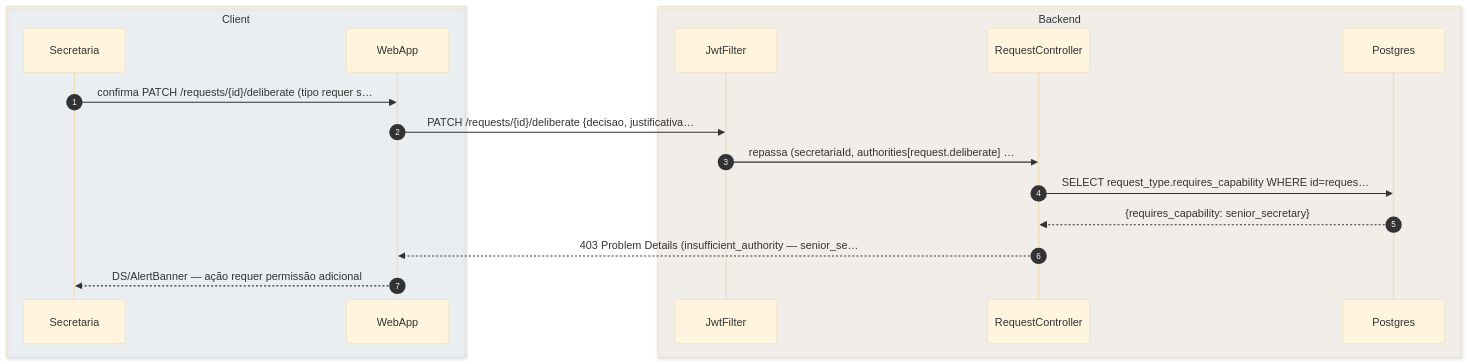
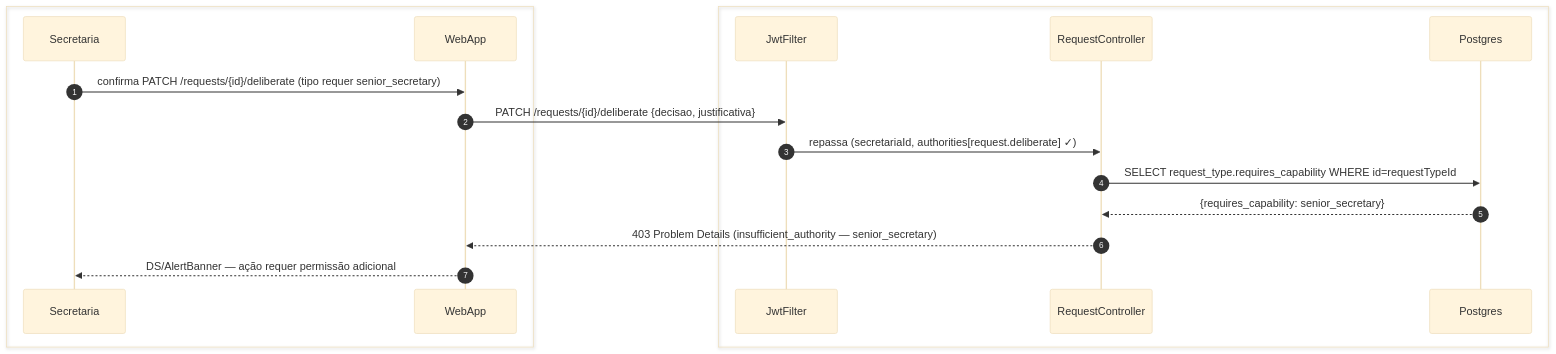
The seventh of 7 diagrams in foundationDocs/sequenceDiagrams/F5 — Secretaria/US-F5-002-SOLICITACOES.md (umishell/secretariaOnline2), drawn with Mermaid (base theme) before and after one commit. The commit also changed other lines of this file and 70 other files, not shown here.

First line of the commit message:
Enhance database documentation and introduce new schema files

````diff
--- a/foundationDocs/sequenceDiagrams/F5 — Secretaria/US-F5-002-SOLICITACOES.md
+++ b/foundationDocs/sequenceDiagrams/F5 — Secretaria/US-F5-002-SOLICITACOES.md
@@ -312,21 +312,21 @@
 ```mermaid
 sequenceDiagram
     autonumber
-    box rgba(230,245,255,0.3) Client
+    box #e8f4fc Cliente
         participant Secretaria
         participant WebApp
     end
-    box rgba(255,245,230,0.3) Backend
+    box #fff8ee Servidor
         participant JwtFilter
         participant RequestController
         participant Postgres
     end
 
-    Secretaria->>WebApp: confirma PATCH /requests/{id}/deliberate (tipo requer s…
-    WebApp->>JwtFilter: PATCH /requests/{id}/deliberate {decisao, justificativa…
-    JwtFilter->>RequestController: repassa (secretariaId, authorities[request.deliberate] …
-    RequestController->>Postgres: SELECT request_type.requires_capability WHERE id=reques…
+    Secretaria->>WebApp: confirma PATCH /requests/{id}/deliberate (tipo requer senior_secretary)
+    WebApp->>JwtFilter: PATCH /requests/{id}/deliberate {decisao, justificativa}
+    JwtFilter->>RequestController: repassa (secretariaId, authorities[request.deliberate] ✓)
+    RequestController->>Postgres: SELECT request_type.requires_capability WHERE id=requestTypeId
     Postgres-->>RequestController: {requires_capability: senior_secretary}
-    RequestController-->>WebApp: 403 Problem Details (insufficient_authority — senior_se…
+    RequestController-->>WebApp: 403 Problem Details (insufficient_authority — senior_secretary)
     WebApp-->>Secretaria: DS/AlertBanner — ação requer permissão adicional
 ```
````
